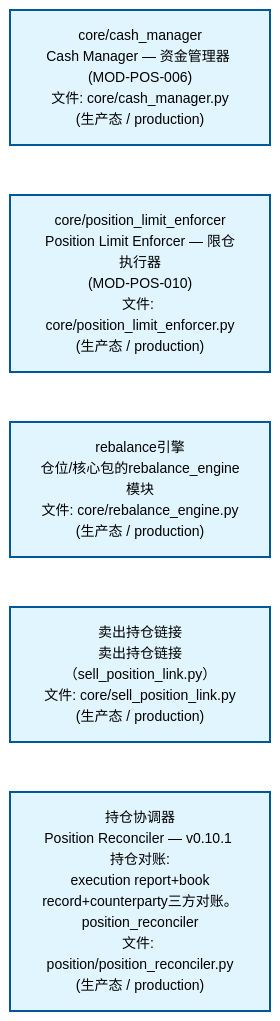
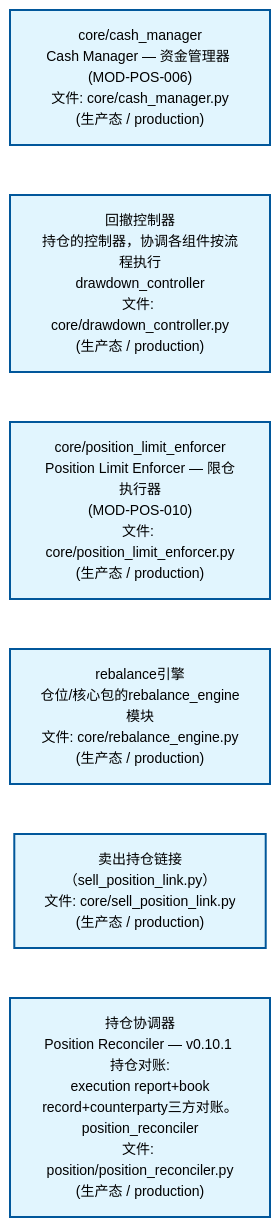
Before and after one commit to xuanFelixVan/ZephyrAlpha: the second of 4 diagrams in docs/02_enterprise_architecture/02_domain_architecture_docs/64_d_position.md, drawn with Mermaid. The commit also changed other lines of this file and 59 other files, not shown here.

````diff
--- a/docs/02_enterprise_architecture/02_domain_architecture_docs/64_d_position.md
+++ b/docs/02_enterprise_architecture/02_domain_architecture_docs/64_d_position.md
@@ -109,18 +110,20 @@
 ```mermaid
 %%{init: {'theme': 'base', 'themeVariables': {'primaryColor': '#eaeaea', 'primaryTextColor': '#333333', 'primaryBorderColor': '#666666', 'lineColor': '#666666', 'secondaryColor': '#eaeaea', 'tertiaryColor': '#eaeaea', 'fontSize': '14px'}}}%%
 flowchart TD
     src_zephyr_position_core_cash_manager_py["core/cash_manager<br/>Cash Manager — 资金管理器 (MOD-POS-006)<br/>文件: core/cash_manager.py<br/>(生产态 / production)"]
+    src_zephyr_position_core_drawdown_controller_py["回撤控制器<br/>持仓的控制器，协调各组件按流程执行<br/>drawdown_controller<br/>文件: core/drawdown_controller.py<br/>(生产态 / production)"]
     src_zephyr_position_core_position_limit_enforcer_py["core/position_limit_enforcer<br/>Position Limit Enforcer — 限仓执行器<br/>(MOD-POS-010)<br/>文件: core/position_limit_enforcer.py<br/>(生产态 / production)"]
     src_zephyr_position_core_rebalance_engine_py["rebalance引擎<br/>仓位/核心包的rebalance_engine模块<br/>文件: core/rebalance_engine.py<br/>(生产态 / production)"]
-    src_zephyr_position_core_sell_position_link_py["卖出持仓链接<br/>卖出持仓链接（sell_position_link.py）<br/>文件: core/sell_position_link.py<br/>(生产态 / production)"]
+    src_zephyr_position_core_sell_position_link_py["卖出持仓链接<br/>（sell_position_link.py）<br/>文件: core/sell_position_link.py<br/>(生产态 / production)"]
     src_zephyr_position_position_reconciler_py["持仓协调器<br/>Position Reconciler — v0.10.1 持仓对账:<br/>execution report+book<br/>record+counterparty三方对账。<br/>position_reconciler<br/>文件: position/position_reconciler.py<br/>(生产态 / production)"]
-    src_zephyr_position_core_cash_manager_py ~~~ src_zephyr_position_core_position_limit_enforcer_py
+    src_zephyr_position_core_cash_manager_py ~~~ src_zephyr_position_core_drawdown_controller_py
+    src_zephyr_position_core_drawdown_controller_py ~~~ src_zephyr_position_core_position_limit_enforcer_py
     src_zephyr_position_core_position_limit_enforcer_py ~~~ src_zephyr_position_core_rebalance_engine_py
     src_zephyr_position_core_rebalance_engine_py ~~~ src_zephyr_position_core_sell_position_link_py
     src_zephyr_position_core_sell_position_link_py ~~~ src_zephyr_position_position_reconciler_py
     classDef production fill:#e1f5fe,stroke:#01579b,stroke-width:2px,color:#000
     classDef design fill:#fff3e0,stroke:#e65100,stroke-width:2px,color:#000,stroke-dasharray: 5 5
     classDef external_prod fill:#e8f4fd,stroke:#0277bd,stroke-width:1px,color:#000
     classDef external_design fill:#fff8e7,stroke:#ef6c00,stroke-width:1px,color:#000,stroke-dasharray: 5 5
-    class src_zephyr_position_core_cash_manager_py,src_zephyr_position_core_position_limit_enforcer_py,src_zephyr_position_core_rebalance_engine_py,src_zephyr_position_core_sell_position_link_py,src_zephyr_position_position_reconciler_py production
+    class src_zephyr_position_core_cash_manager_py,src_zephyr_position_core_drawdown_controller_py,src_zephyr_position_core_position_limit_enforcer_py,src_zephyr_position_core_rebalance_engine_py,src_zephyr_position_core_sell_position_link_py,src_zephyr_position_position_reconciler_py production
 ```
````
